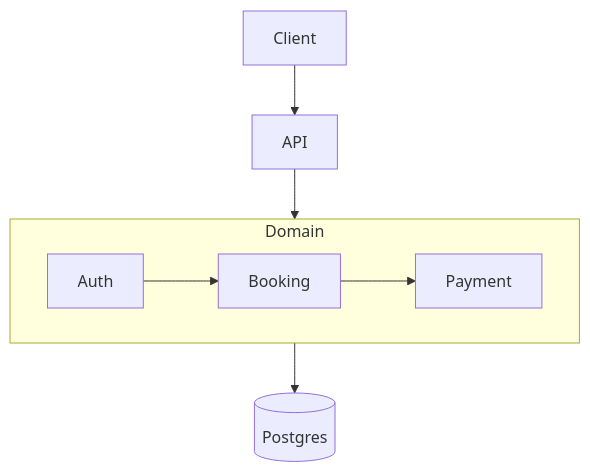
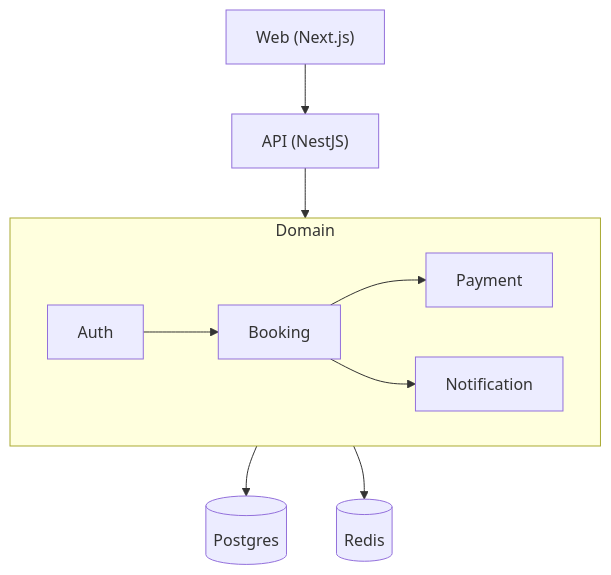
One commit to aoecosystem/agentic-workflow changed the diagram in deliverables/architecture/styles/monolith.md. Above: the diagram before and after it, drawn with Mermaid. The commit also changed other lines of this file and 99 other files, not shown here.

````diff
--- a/deliverables/architecture/styles/monolith.md
+++ b/deliverables/architecture/styles/monolith.md
@@ -90,13 +188,16 @@
 ```mermaid
 flowchart TB
-  Client --> API
+  Client["Web (Next.js)"] --> API["API (NestJS)"]
   subgraph Domain
     S1["Auth"]
     S2["Booking"]
     S3["Payment"]
+    S4["Notification"]
     S1 --> S2
     S2 --> S3
+    S2 --> S4
   end
   API --> Domain
   Domain --> DB[(Postgres)]
+  Domain --> Cache[(Redis)]
 ```
````
